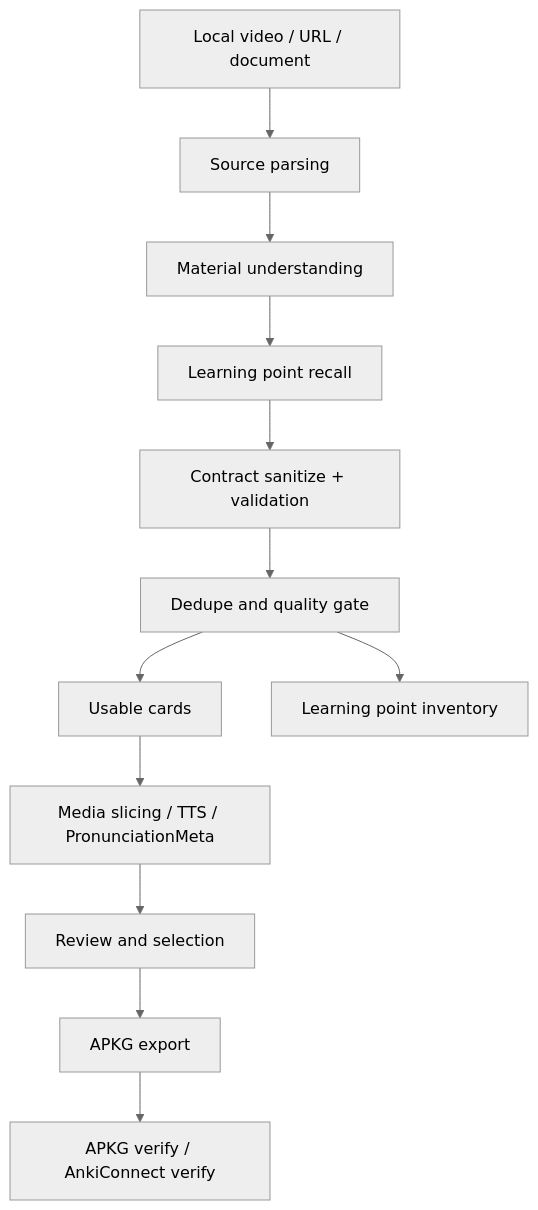
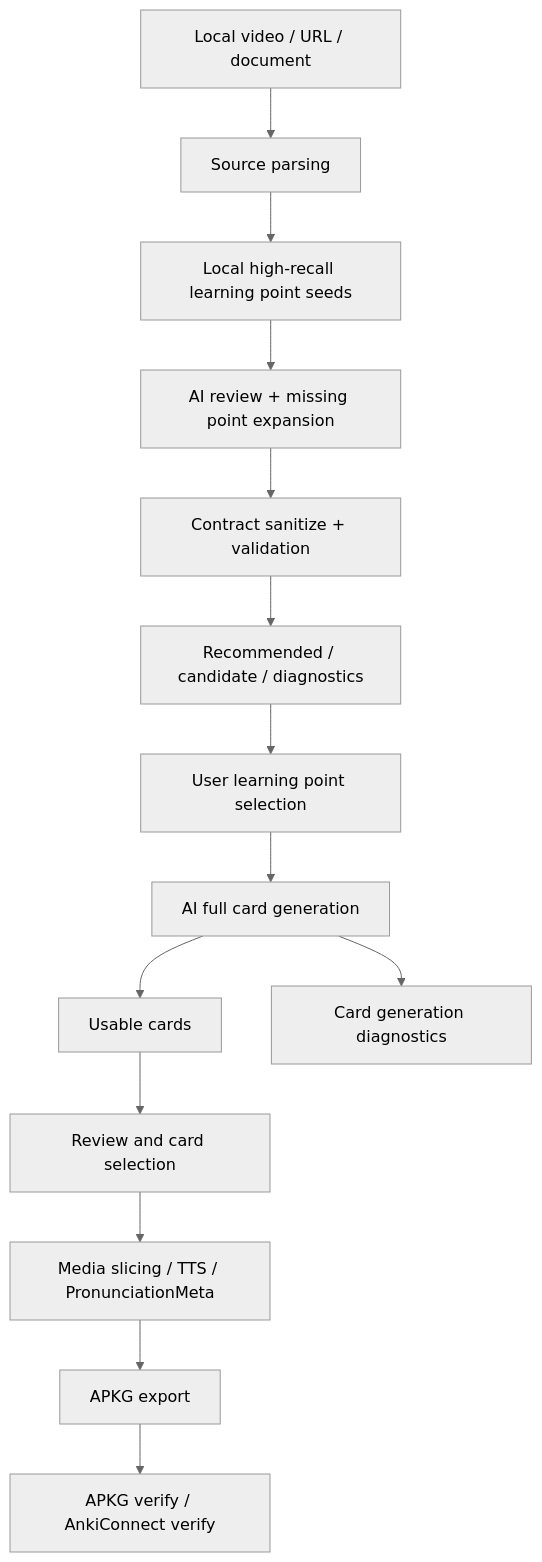
The diagram in docs/ARCHITECTURE.md (zixuanzhou0-ai/Anki-card-generator), drawn with Mermaid (neutral theme) before and after one commit. The commit also changed other lines of this file and 77 other files, not shown here.

First line of the commit message:
feat: implement real fast review card generation

````diff
--- a/docs/ARCHITECTURE.md
+++ b/docs/ARCHITECTURE.md
@@ -7,14 +7,16 @@
 ```mermaid
 flowchart TB
   A["Local video / URL / document"] --> B["Source parsing"]
-  B --> C["Material understanding"]
-  C --> D["Learning point recall"]
+  B --> C["Local high-recall learning point seeds"]
+  C --> D["AI review + missing point expansion"]
   D --> E["Contract sanitize + validation"]
-  E --> F["Dedupe and quality gate"]
-  F --> G["Usable cards"]
-  F --> H["Learning point inventory"]
-  G --> I["Media slicing / TTS / PronunciationMeta"]
-  I --> J["Review and selection"]
-  J --> K["APKG export"]
-  K --> L["APKG verify / AnkiConnect verify"]
+  E --> F["Recommended / candidate / diagnostics"]
+  F --> G["User learning point selection"]
+  G --> H["AI full card generation"]
+  H --> I["Usable cards"]
+  H --> J["Card generation diagnostics"]
+  I --> K["Review and card selection"]
+  K --> L["Media slicing / TTS / PronunciationMeta"]
+  L --> M["APKG export"]
+  M --> N["APKG verify / AnkiConnect verify"]
 ```
````
